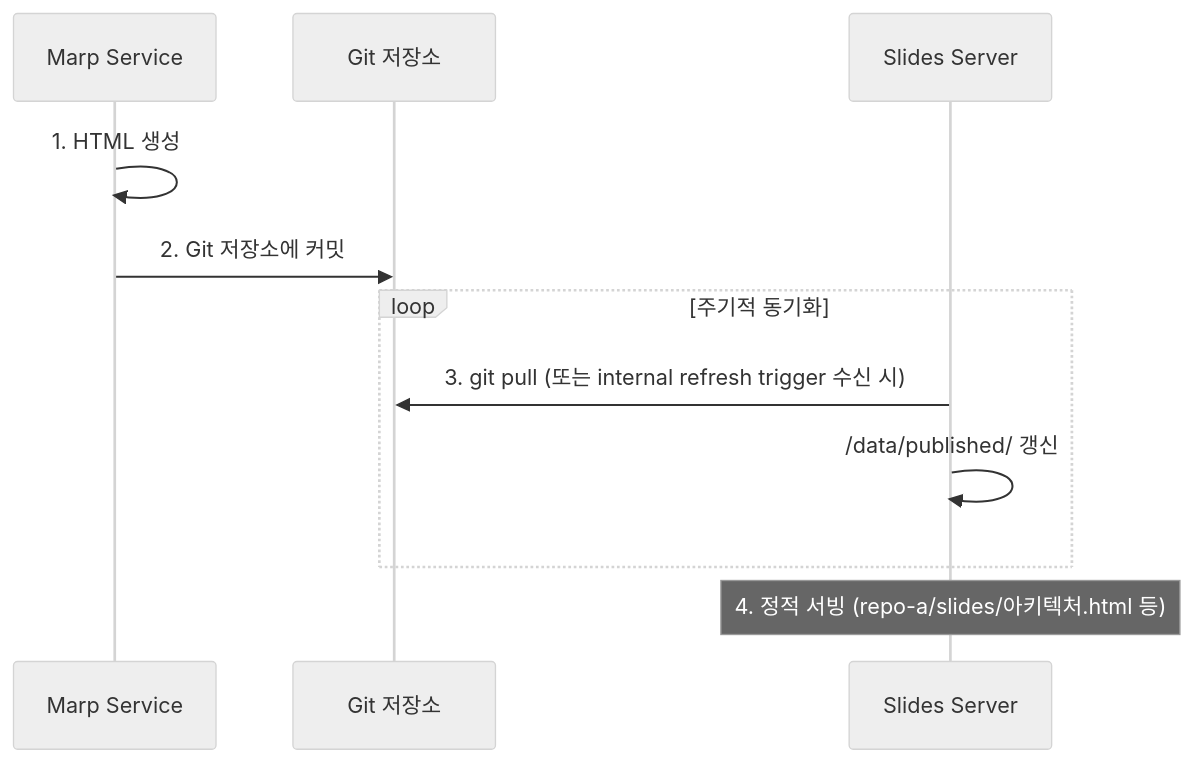
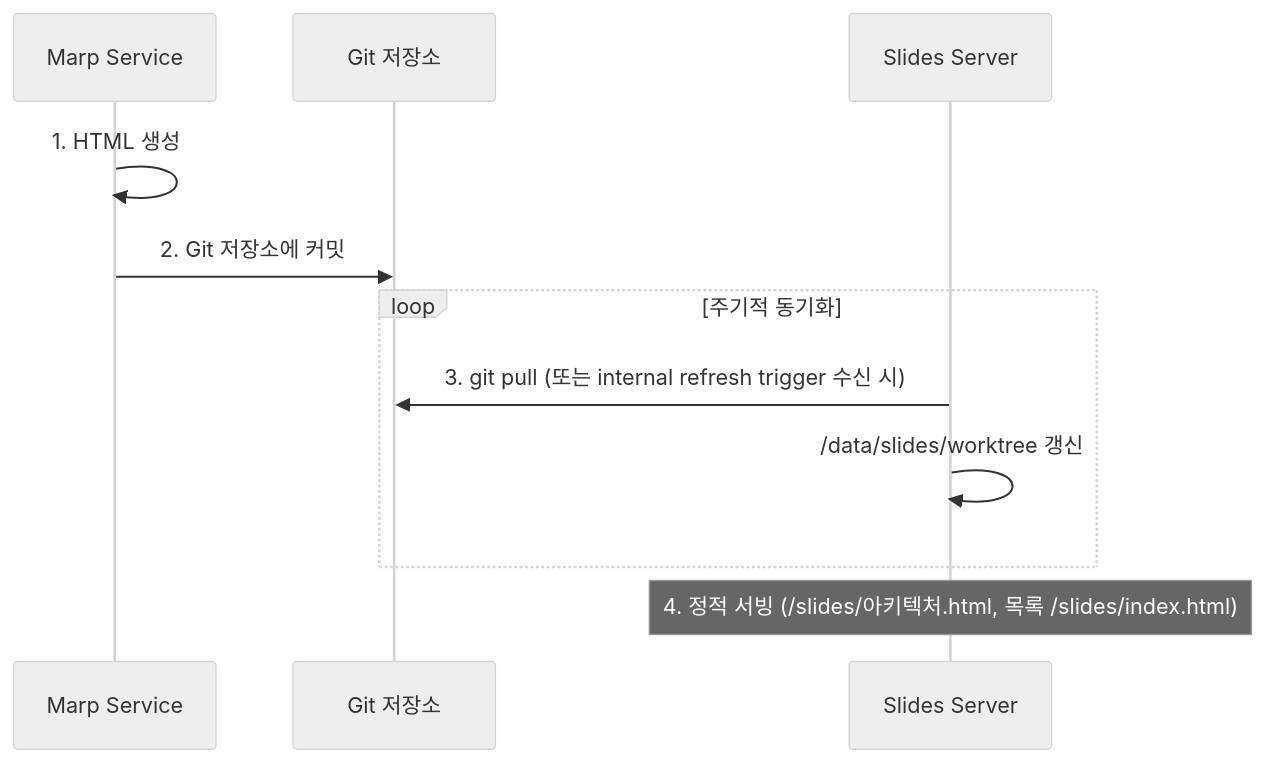
Before and after one commit to sch0718/synctx: the fourth of 6 diagrams in docs/architecture.md, drawn with Mermaid (neutral theme). The commit also changed other lines of this file and 33 other files, not shown here.

````diff
--- a/docs/architecture.md
+++ b/docs/architecture.md
@@ -599,14 +612,14 @@
 ```mermaid
 sequenceDiagram
     participant Marp as Marp Service
     participant Git as Git 저장소
     participant Slides as Slides Server
 
     Marp->>Marp: 1. HTML 생성
     Marp->>Git: 2. Git 저장소에 커밋
     loop 주기적 동기화
         Slides->>Git: 3. git pull (또는 internal refresh trigger 수신 시)
-        Slides->>Slides: /data/published/ 갱신
+        Slides->>Slides: /data/slides/worktree 갱신
     end
-    Note over Slides: 4. 정적 서빙 (repo-a/slides/아키텍처.html 등)
+    Note over Slides: 4. 정적 서빙 (/slides/아키텍처.html, 목록 /slides/index.html)
 ```
````
